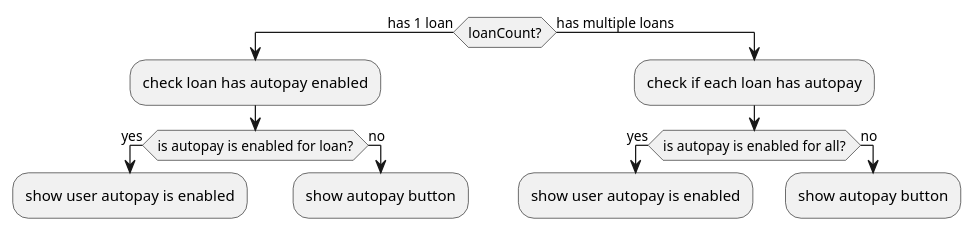
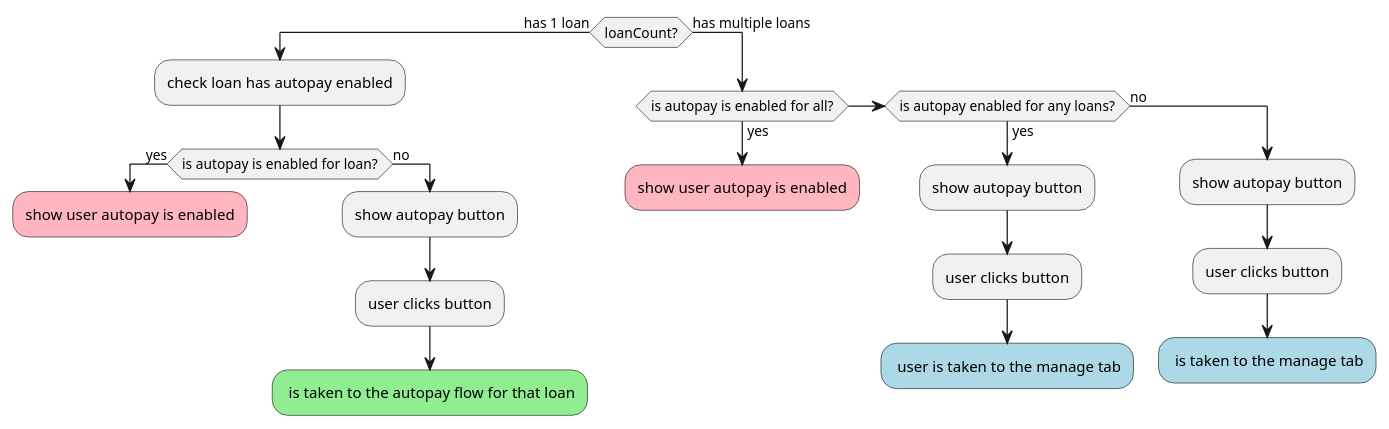
Before and after one commit to leslierodriguezcodes/diagrams: the diagram in manage/autopay/AutoPay.puml, drawn with PlantUML.

Commit message:
autopay button updates

```diff
--- a/manage/autopay/AutoPay.puml
+++ b/manage/autopay/AutoPay.puml
@@ -1,21 +1,29 @@
 @startuml
 if (loanCount?) equals (has 1 loan) then
   :check loan has autopay enabled;
   if (is autopay is enabled for loan?) then (yes)
-    :show user autopay is enabled;
+    #lightpink:show user autopay is enabled;
     detach
   else (no)
     :show autopay button;
+    :user clicks button;
+    #lightgreen: is taken to the autopay flow for that loan;
     detach
     endif
 else (has multiple loans)
-  :check if each loan has autopay;
   if (is autopay is enabled for all?) then (yes)
-    :show user autopay is enabled;
+     #lightpink:show user autopay is enabled;
+    detach
+  elseif (is autopay enabled for any loans?) then (yes)
+    :show autopay button;
+    :user clicks button;
+    #lightblue: user is taken to the manage tab;
     detach
   else (no)
     :show autopay button;
+    :user clicks button;
+    #lightblue: is taken to the manage tab;
     detach
     endif
 endif
 @enduml
```
